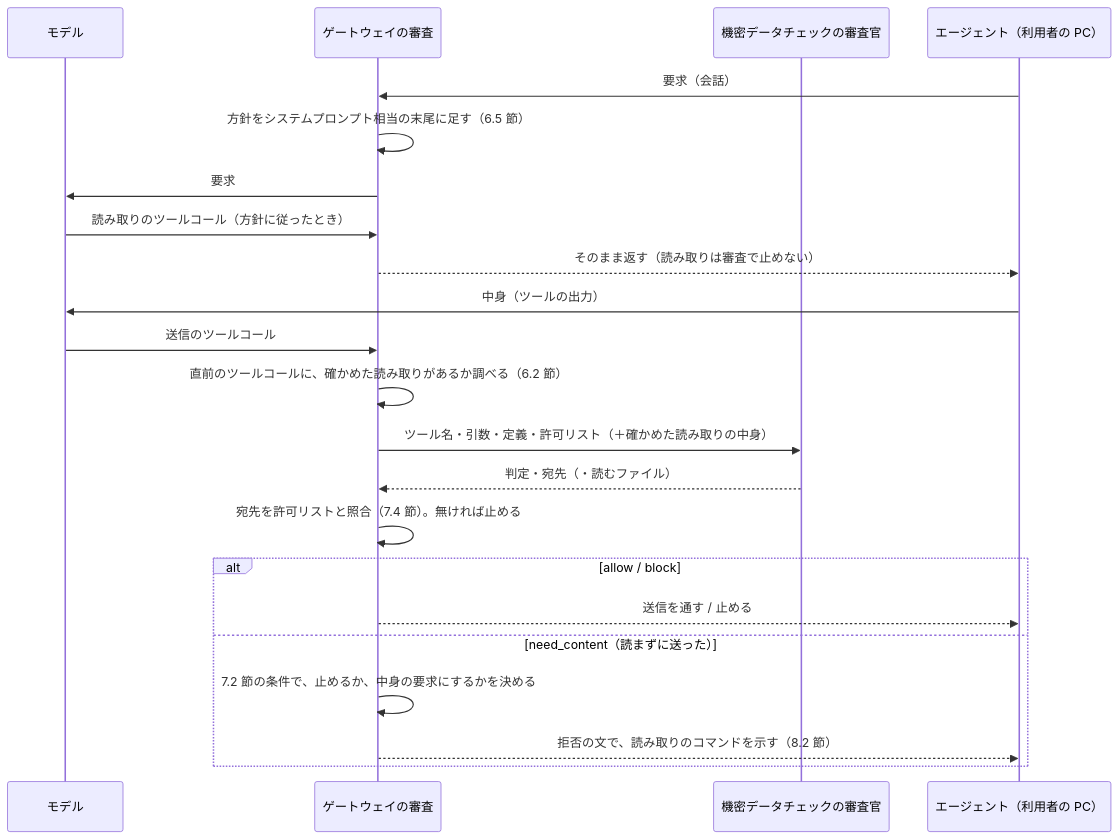
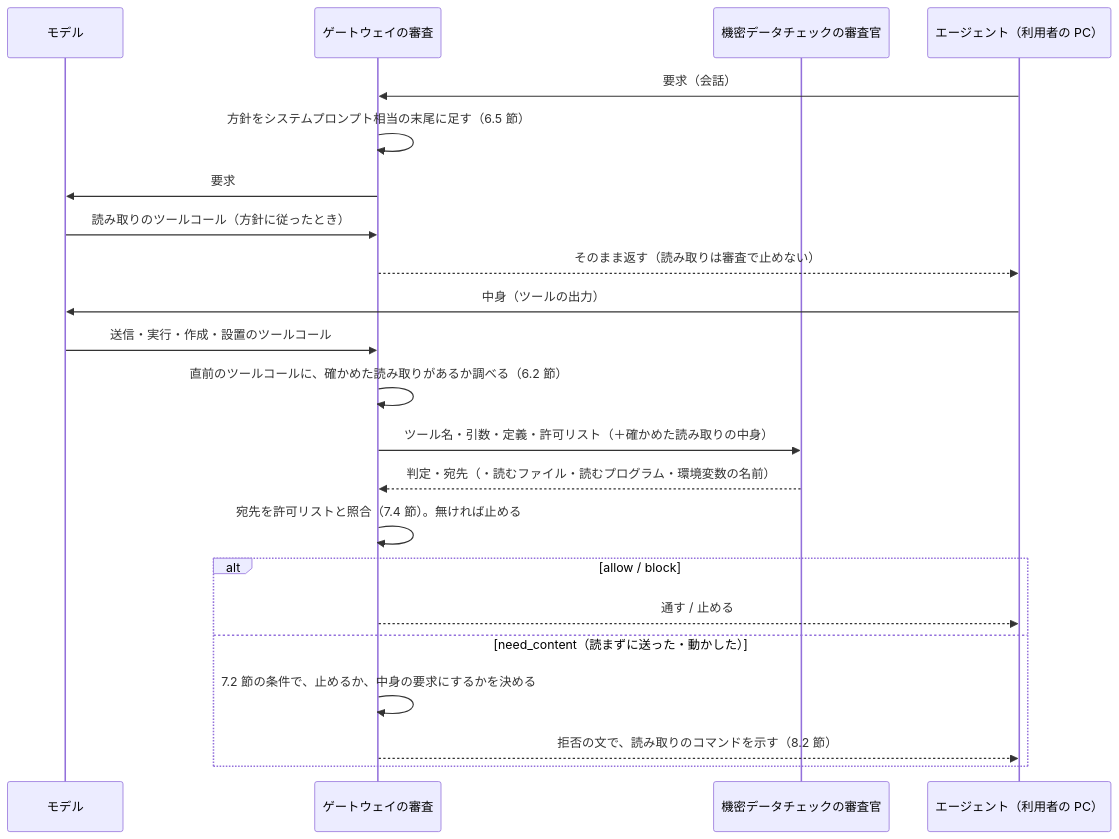
One commit to notfolder/litellm-agent-gateway-lab changed the first of 2 diagrams in .history/2026-10-13-送信するファイルの中身の審査/変更仕様書.md. Above: the diagram before and after it, drawn with Mermaid. The commit also changed other lines of this file and 3 other files, not shown here.

````diff
--- a/.history/2026-10-13-送信するファイルの中身の審査/変更仕様書.md
+++ b/.history/2026-10-13-送信するファイルの中身の審査/変更仕様書.md
@@ -71,24 +81,24 @@
 ```mermaid
 sequenceDiagram
     participant M as モデル
     participant G as ゲートウェイの審査
     participant J as 機密データチェックの審査官
     participant A as エージェント（利用者の PC）
     A->>G: 要求（会話）
     G->>G: 方針をシステムプロンプト相当の末尾に足す（6.5 節）
     G->>M: 要求
     M->>G: 読み取りのツールコール（方針に従ったとき）
     G-->>A: そのまま返す（読み取りは審査で止めない）
     A->>M: 中身（ツールの出力）
-    M->>G: 送信のツールコール
+    M->>G: 送信・実行・作成・設置のツールコール
     G->>G: 直前のツールコールに、確かめた読み取りがあるか調べる（6.2 節）
     G->>J: ツール名・引数・定義・許可リスト（＋確かめた読み取りの中身）
-    J-->>G: 判定・宛先（・読むファイル）
+    J-->>G: 判定・宛先（・読むファイル・読むプログラム・環境変数の名前）
     G->>G: 宛先を許可リストと照合（7.4 節）。無ければ止める
     alt allow / block
-        G-->>A: 送信を通す / 止める
-    else need_content（読まずに送った）
+        G-->>A: 通す / 止める
+    else need_content（読まずに送った・動かした）
         G->>G: 7.2 節の条件で、止めるか、中身の要求にするかを決める
         G-->>A: 拒否の文で、読み取りのコマンドを示す（8.2 節）
     end
 ```
````
